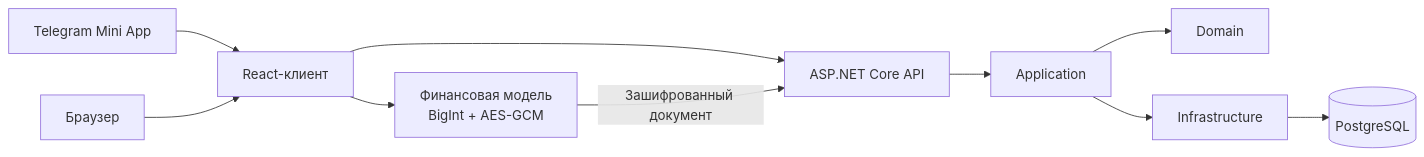
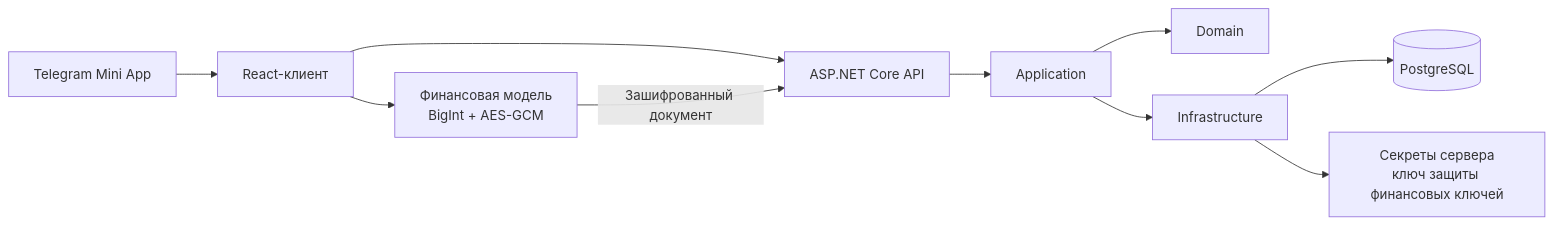
The diagram in README.md (Zhabinec/FinanceTracker), drawn with Mermaid before and after one commit. The commit also changed other lines of this file and 34 other files, not shown here.

```diff
--- a/README.md
+++ b/README.md
@@ -41,12 +43,12 @@
 ~~~mermaid
 flowchart LR
     T["Telegram Mini App"] --> UI["React-клиент"]
-    B["Браузер"] --> UI
     UI --> L["Финансовая модель<br/>BigInt + AES-GCM"]
     UI --> A["ASP.NET Core API"]
     L -->|"Зашифрованный документ"| A
     A --> U["Application"]
     U --> D["Domain"]
     U --> I["Infrastructure"]
     I --> DB[("PostgreSQL")]
+    I --> K["Секреты сервера<br/>ключ защиты финансовых ключей"]
 ~~~
```
